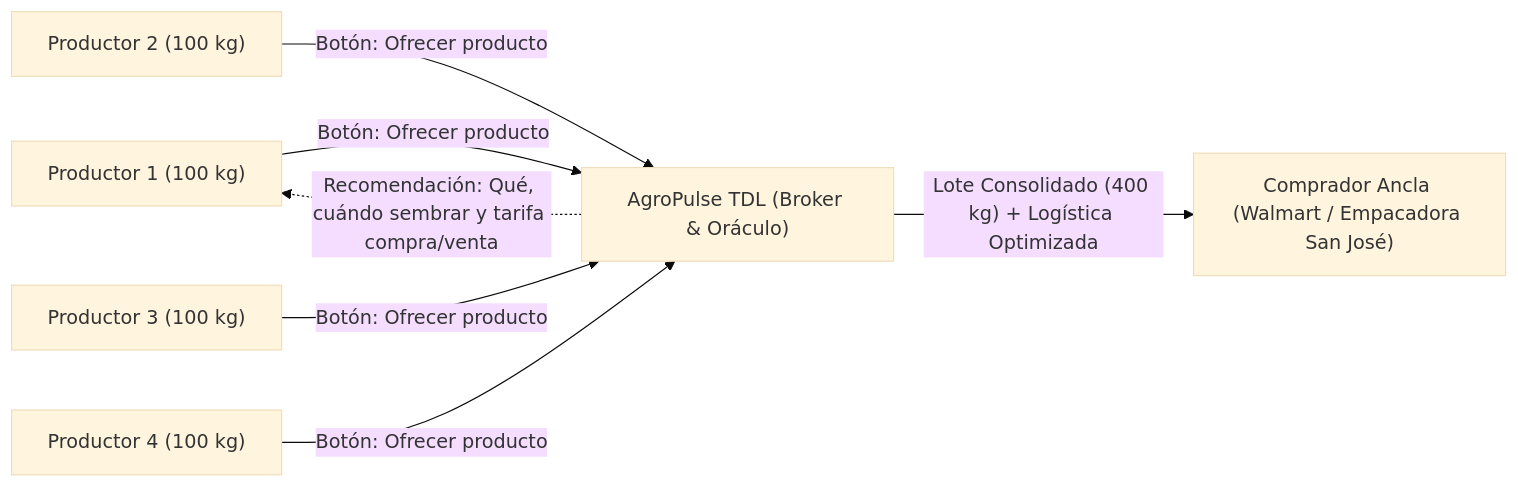
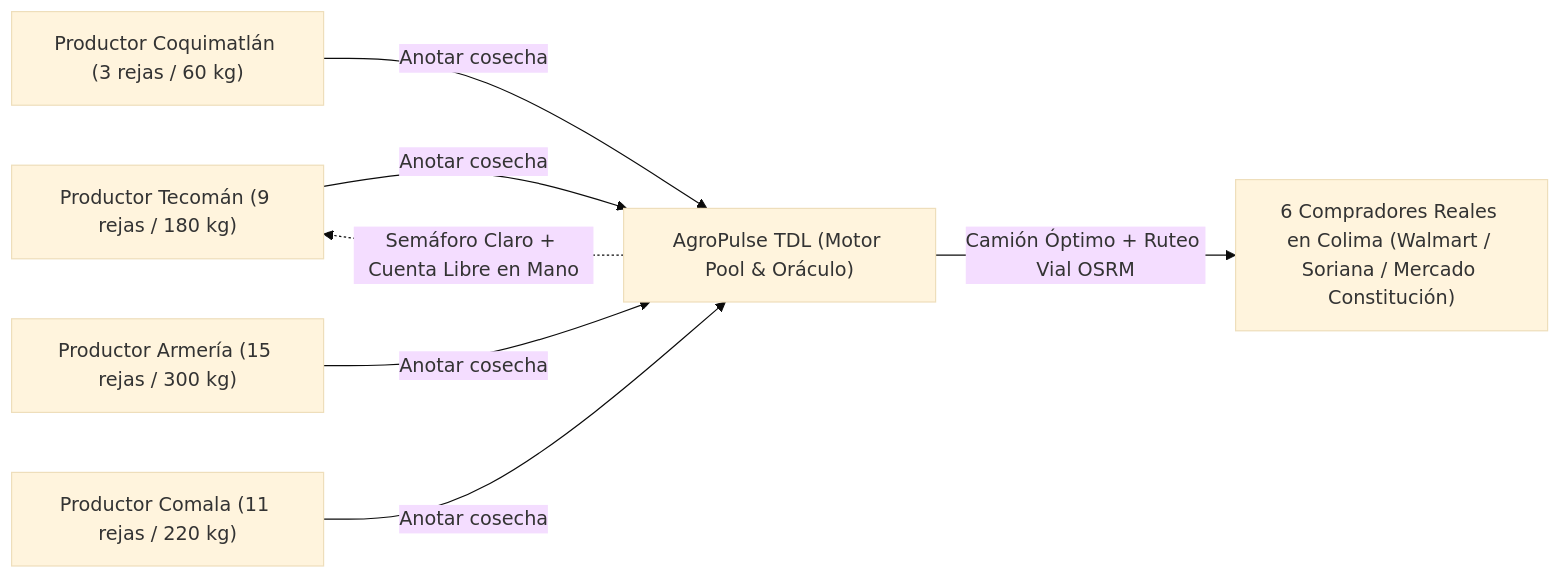
Before and after one commit to Elit-001/tdl-tintos-vargas: the diagram in README.md, drawn with Mermaid (base theme). The commit also changed other lines of this file and 45 other files, not shown here.

Commit message:
fix(ci): incluye data/publicado en cron diario y actualiza pipeline a 10 municipios, SNIIM sin truncar, OSRM y Vista Productor

````diff
--- a/README.md
+++ b/README.md
@@ -24,9 +24,9 @@
 ```mermaid
 flowchart LR
-    P1["Productor 1 (100 kg)"] -->|"Botón: Ofrecer producto"| AP["AgroPulse TDL (Broker & Oráculo)"]
-    P2["Productor 2 (100 kg)"] -->|"Botón: Ofrecer producto"| AP
-    P3["Productor 3 (100 kg)"] -->|"Botón: Ofrecer producto"| AP
-    P4["Productor 4 (100 kg)"] -->|"Botón: Ofrecer producto"| AP
-    AP -->|"Lote Consolidado (400 kg) + Logística Optimizada"| C1["Comprador Ancla (Walmart / Empacadora San José)"]
-    AP -.->|"Recomendación: Qué, cuándo sembrar y tarifa compra/venta"| P1
+    P1["Productor Tecomán (9 rejas / 180 kg)"] -->|"Anotar cosecha"| AP["AgroPulse TDL (Motor Pool & Oráculo)"]
+    P2["Productor Coquimatlán (3 rejas / 60 kg)"] -->|"Anotar cosecha"| AP
+    P3["Productor Armería (15 rejas / 300 kg)"] -->|"Anotar cosecha"| AP
+    P4["Productor Comala (11 rejas / 220 kg)"] -->|"Anotar cosecha"| AP
+    AP -->|"Camión Óptimo + Ruteo Vial OSRM"| C1["6 Compradores Reales en Colima (Walmart / Soriana / Mercado Constitución)"]
+    AP -.->|"Semáforo Claro + Cuenta Libre en Mano"| P1
 ```
````
